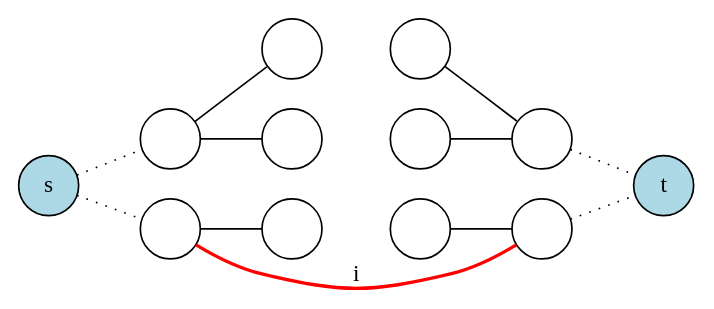
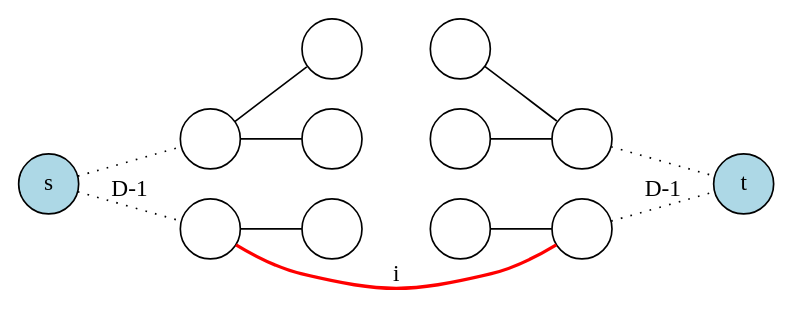
One commit to amitai100/bidirectional-dijkstra changed diagram 19 of 19 in presentation.qmd. Above: the diagram before and after it, drawn with Graphviz. The commit also changed other lines of this file, not shown here.

````diff
--- a/presentation.qmd
+++ b/presentation.qmd
@@ -1095,30 +1124,32 @@
 ```{dot}
 digraph {
     rankdir=LR;
     edge [dir=none]; 
     node [shape=circle, label=""];
 
     s [label="s", style=filled, fillcolor=lightblue];
     t [label="t", style=filled, fillcolor=lightblue];
 
-    s -> {u1, u2} [style="dotted"];
+    s -> u1 [style="dotted"];
+    s -> u2 [label="D-1",style="dotted"];
     u1 -> {u3, u4};
     u2 -> u5;
 
     {v3, v4} -> v1;
     v5 -> v2;
-    {v1, v2} -> t [style="dotted"];
+    v2 -> t [label="D-1",style="dotted"];
+    v1 -> t [style="dotted"];
 
     u2 -> v2 [label="i",style="bold", color=red, penwidth=2];
     u3->v3 [style="invisible"];
     u4->v4 [style="invisible"];
     u5->v5 [style="invisible"];
 
     {rank=source; s}
     {rank=sink; t}
     {rank=same; u1; u2}
     {rank=same; v1; v2}
     {rank=same; u3; u4; u5}
     {rank=same; v3; v4; v5}
 }
 ```
````
